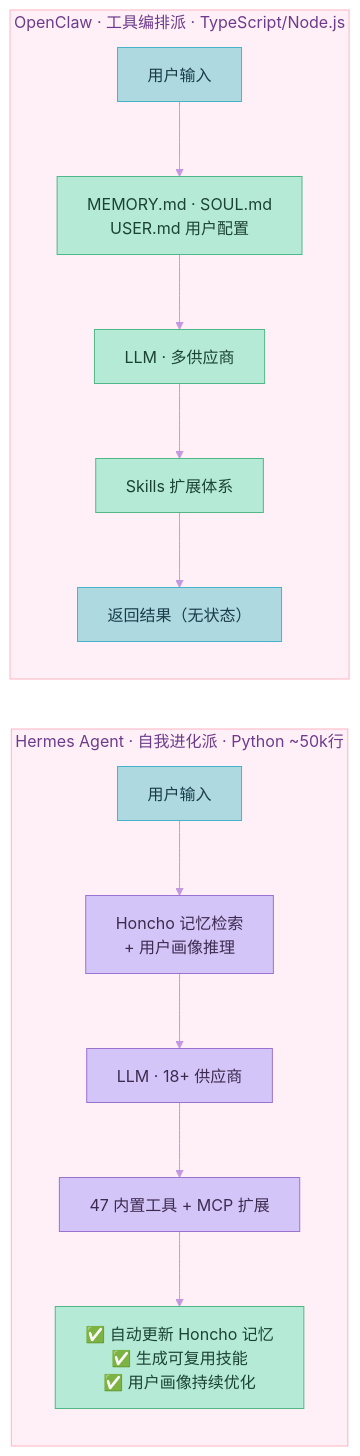
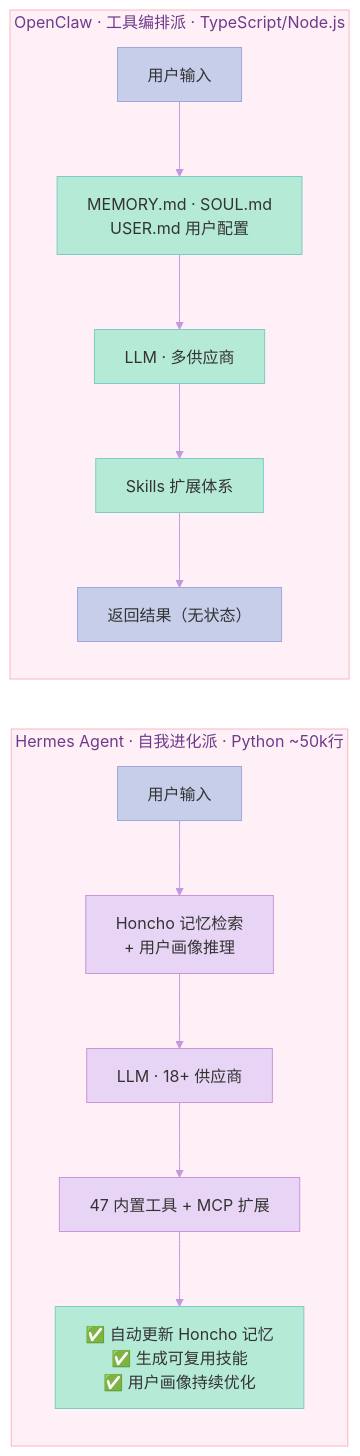
Before and after one commit to xuqi2024/xuqi2024.github.io: the eighth of 10 diagrams in source/_posts/2026-04-13-hermes-agent深度完全解读.md, drawn with Mermaid. The commit also changed other lines of this file and 23 other files, not shown here.

````diff
--- a/source/_posts/2026-04-13-hermes-agent深度完全解读.md
+++ b/source/_posts/2026-04-13-hermes-agent深度完全解读.md
@@ -514,29 +520,29 @@
 ```mermaid
-%%{init: {'theme': 'base', 'themeVariables': {'primaryColor': '#FFB3C1', 'primaryTextColor': '#4A1942', 'primaryBorderColor': '#FF85A1', 'lineColor': '#C299E0', 'secondaryColor': '#C8E6C9', 'tertiaryColor': '#AED9E0', 'background': '#FFF8FB', 'mainBkg': '#FFB3C1', 'nodeBorder': '#FF85A1', 'clusterBkg': '#FFF0F7', 'clusterBorder': '#FFB3C1', 'titleColor': '#6D3B8C', 'edgeLabelBackground': '#FFF8FB'}}}%%
+%%{init: {'theme': 'base', 'themeVariables': {'primaryColor': '#FFB3C1', 'primaryTextColor': '#4A1942', 'primaryBorderColor': '#FF85A1', 'lineColor': '#C299E0', 'secondaryColor': '#C8E6C9', 'tertiaryColor': '#C7CEEA', 'background': '#FFF8FB', 'mainBkg': '#FFB3C1', 'nodeBorder': '#FF85A1', 'clusterBkg': '#FFF0F7', 'clusterBorder': '#FFB3C1', 'titleColor': '#6D3B8C', 'edgeLabelBackground': '#FFF8FB'}}}%%
 flowchart LR
-    classDef hermes fill:#D4C5F9,stroke:#9B72CF,color:#3D2B4F
-    classDef claw fill:#B5EAD7,stroke:#52B788,color:#1B4332
-    classDef input fill:#AED9E0,stroke:#48B2C8,color:#1A3A4A
-    classDef hermes_out fill:#B5EAD7,stroke:#52B788,color:#1B4332
-    classDef claw_out fill:#AED9E0,stroke:#48B2C8,color:#1A3A4A
+    classDef hermes fill:#E8D5F5,stroke:#CE93D8,color:#333
+    classDef claw fill:#B5EAD7,stroke:#80CBC4,color:#333
+    classDef input fill:#C7CEEA,stroke:#9FA8DA,color:#333
+    classDef hermes_out fill:#B5EAD7,stroke:#80CBC4,color:#333
+    classDef claw_out fill:#C7CEEA,stroke:#9FA8DA,color:#333
 
     subgraph HM["Hermes Agent · 自我进化派 · Python ~50k行"]
         direction TB
         HA["用户输入"]:::input
         HB["Honcho 记忆检索<br/>+ 用户画像推理"]:::hermes
         HC2["LLM · 18+ 供应商"]:::hermes
         HD["47 内置工具 + MCP 扩展"]:::hermes
         HE["✅ 自动更新 Honcho 记忆<br/>✅ 生成可复用技能<br/>✅ 用户画像持续优化"]:::hermes_out
         HA --> HB --> HC2 --> HD --> HE
     end
 
     subgraph OC["OpenClaw · 工具编排派 · TypeScript/Node.js"]
         direction TB
         OA["用户输入"]:::input
         OB["MEMORY.md · SOUL.md<br/>USER.md 用户配置"]:::claw
         OC2["LLM · 多供应商"]:::claw
         OD["Skills 扩展体系"]:::claw
         OE["返回结果（无状态）"]:::claw_out
         OA --> OB --> OC2 --> OD --> OE
     end
 ```
````
